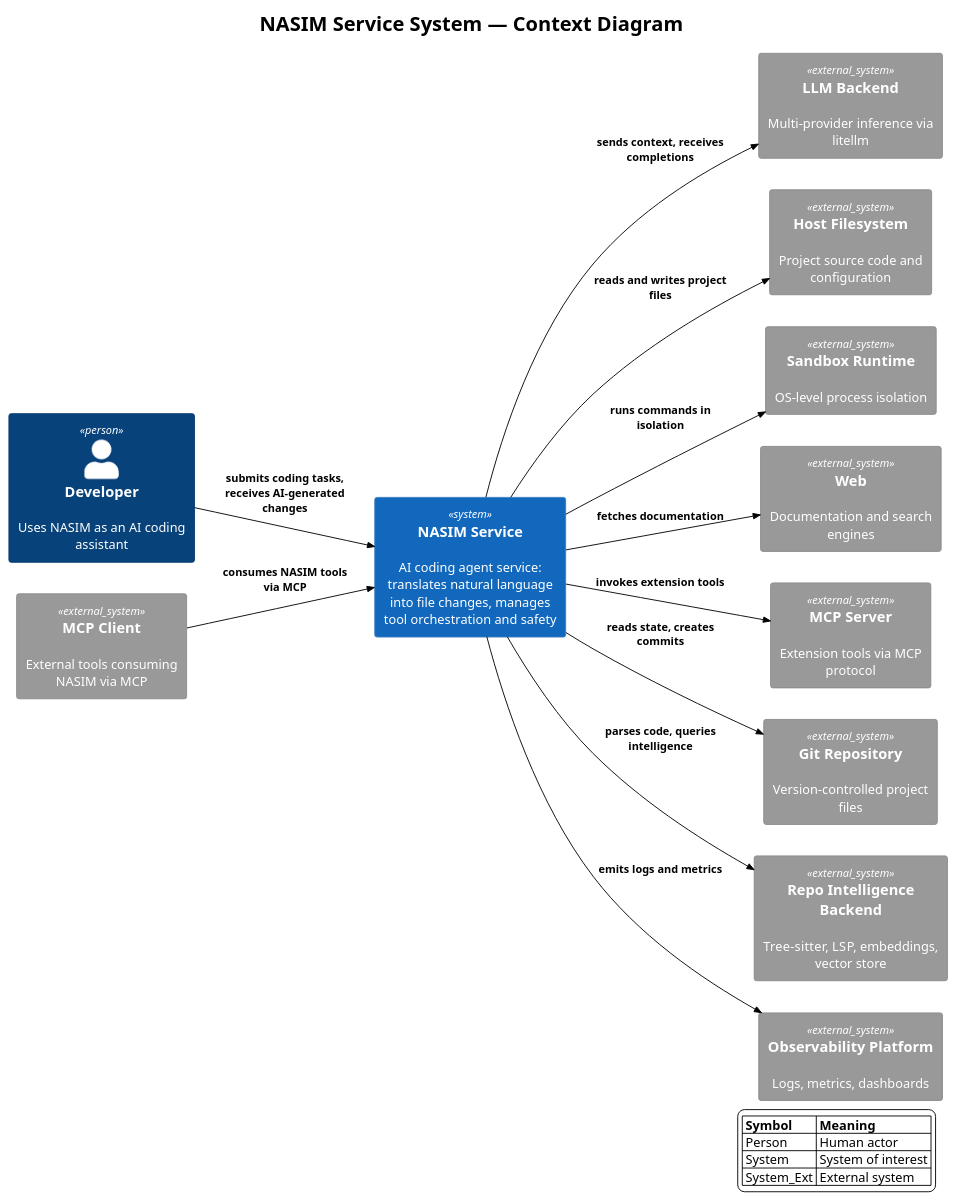
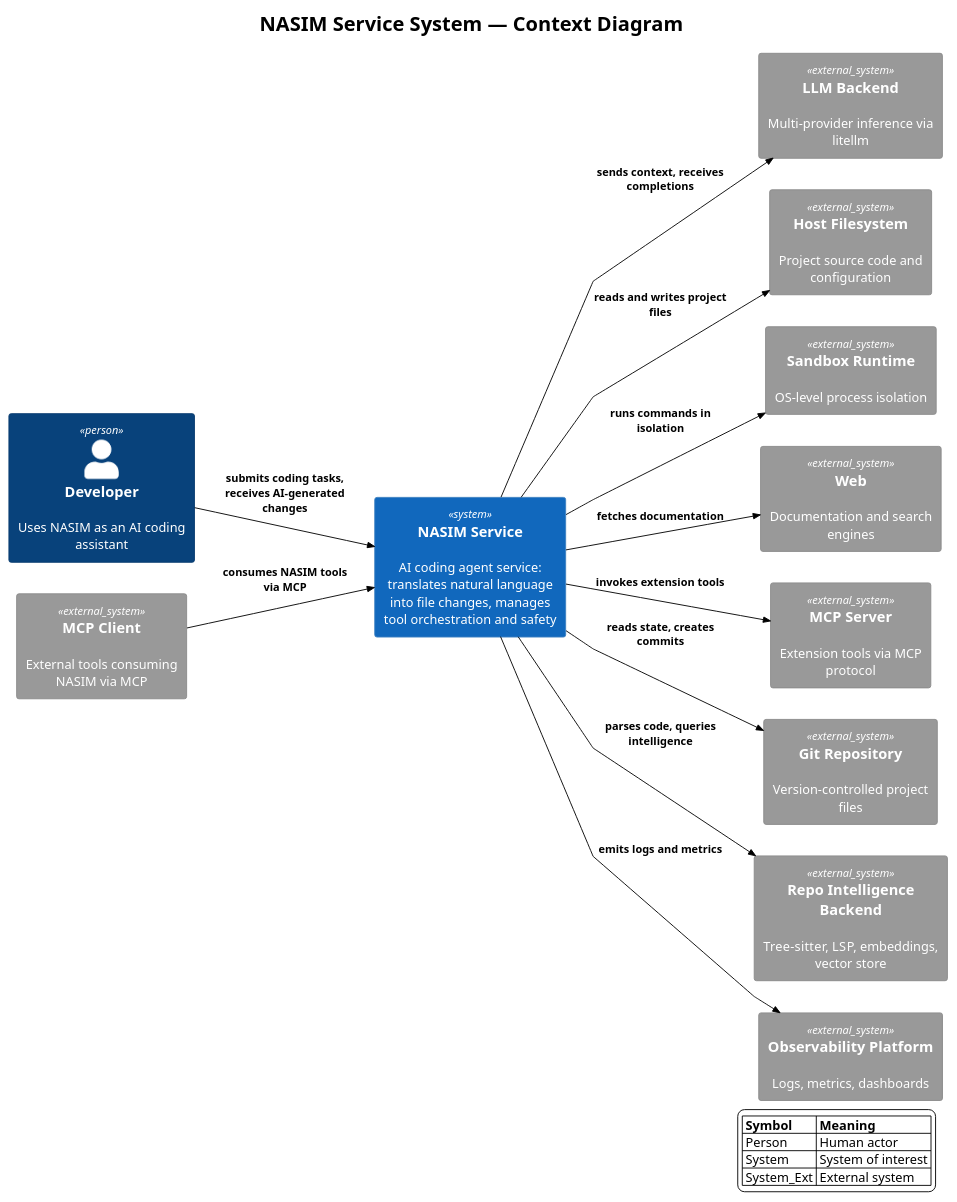
Before and after one commit to salimnamvar/nasim: the diagram in docs/C4/c4_nasim_context.puml, drawn with PlantUML. The commit also changed 5 other files, not shown here.

Commit message:
docs(C4): Revise C4 diagrams and README for clarity; consolidate component diagram and update routing taxonomy references

```diff
--- a/docs/C4/c4_nasim_context.puml
+++ b/docs/C4/c4_nasim_context.puml
@@ -1,51 +1,52 @@
 @startuml c4_nasim_context
 ' ============================================================
 ' Title:     NASIM Service System — Context Diagram
 ' Boundary:  NASIM Service System
 ' Purpose:   Show NASIM Service with users and external systems
 ' Milestone: v1.0
 ' Version:   11.0.0
 ' Source:    docs/C4/README.md
 ' Review:    —
 ' ============================================================
 
 !include https://raw.githubusercontent.com/plantuml-stdlib/C4-PlantUML/v2.10.0/C4_Context.puml
 !theme plain
+skinparam linetype polyline
 
 LAYOUT_LEFT_RIGHT()
 
 title NASIM Service System — Context Diagram
 
 Person(user, "Developer", "Uses NASIM as an AI coding assistant")
 
 System(nasim_service, "NASIM Service", "AI coding agent service: translates natural language into file changes, manages tool orchestration and safety")
 
 System_Ext(llm, "LLM Backend", "Multi-provider inference via litellm")
 System_Ext(host_fs, "Host Filesystem", "Project source code and configuration")
 System_Ext(sandbox, "Sandbox Runtime", "OS-level process isolation")
 System_Ext(web, "Web", "Documentation and search engines")
 System_Ext(mcp_server, "MCP Server", "Extension tools via MCP protocol")
 System_Ext(mcp_client, "MCP Client", "External tools consuming NASIM via MCP")
 System_Ext(git, "Git Repository", "Version-controlled project files")
 System_Ext(repo_intel, "Repo Intelligence Backend", "Tree-sitter, LSP, embeddings, vector store")
 System_Ext(obs, "Observability Platform", "Logs, metrics, dashboards")
 
 Rel(user, nasim_service, "submits coding tasks, receives AI-generated changes")
 Rel(nasim_service, llm, "sends context, receives completions")
 Rel(nasim_service, host_fs, "reads and writes project files")
 Rel(nasim_service, sandbox, "runs commands in isolation")
 Rel(nasim_service, web, "fetches documentation")
 Rel(nasim_service, mcp_server, "invokes extension tools")
 Rel(mcp_client, nasim_service, "consumes NASIM tools via MCP")
 Rel(nasim_service, git, "reads state, creates commits")
 Rel(nasim_service, repo_intel, "parses code, queries intelligence")
 Rel(nasim_service, obs, "emits logs and metrics")
 
 legend right
     |= Symbol |= Meaning |
     | Person | Human actor |
     | System | System of interest |
     | System_Ext | External system |
 end legend
 
 @enduml
```
